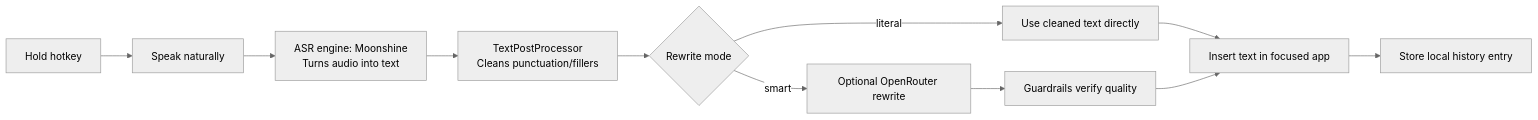
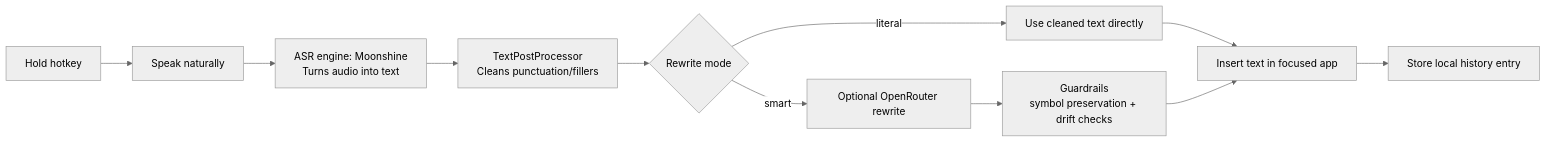
Before and after one commit to acrucetta/murmur: the first of 3 diagrams in README.md, drawn with Mermaid (neutral theme). The commit also changed other lines of this file and 11 other files, not shown here.

````diff
--- a/README.md
+++ b/README.md
@@ -29,13 +29,13 @@
 ```mermaid
 flowchart LR
   A[Hold hotkey] --> B[Speak naturally]
   B --> C[ASR engine: Moonshine<br/>Turns audio into text]
   C --> D[TextPostProcessor<br/>Cleans punctuation/fillers]
   D --> E{Rewrite mode}
   E -->|literal| F[Use cleaned text directly]
   E -->|smart| G[Optional OpenRouter rewrite]
-  G --> H[Guardrails verify quality]
+  G --> H[Guardrails<br/>symbol preservation + drift checks]
   F --> I[Insert text in focused app]
   H --> I
   I --> J[Store local history entry]
 ```
````
